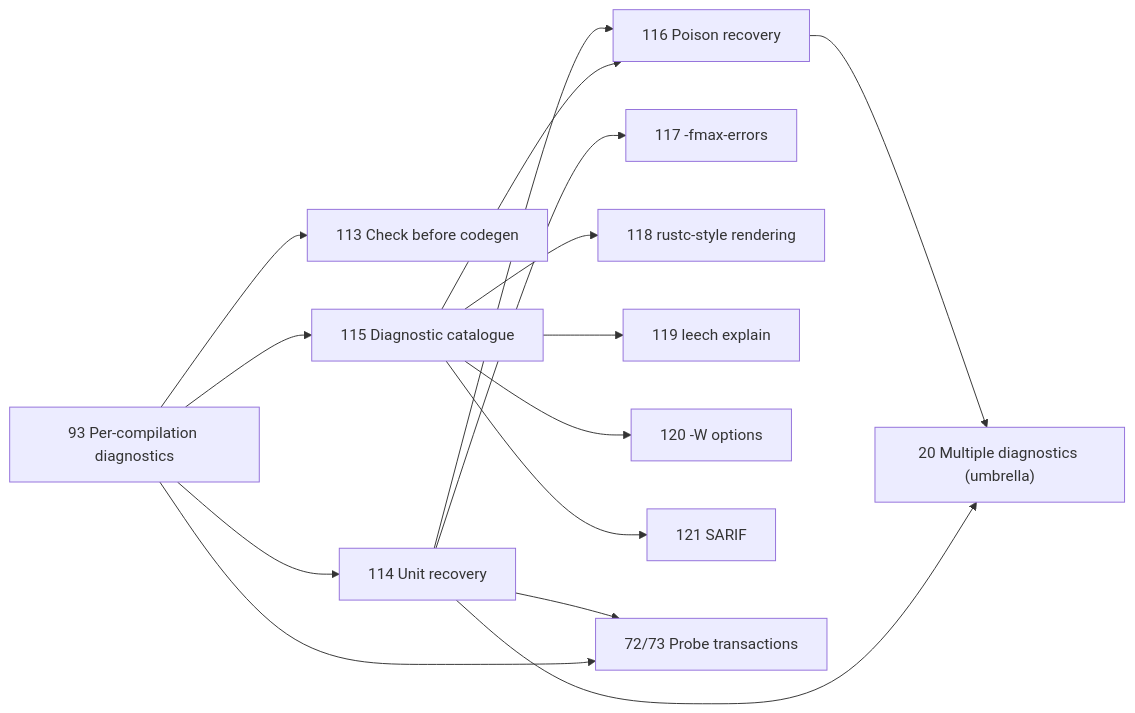
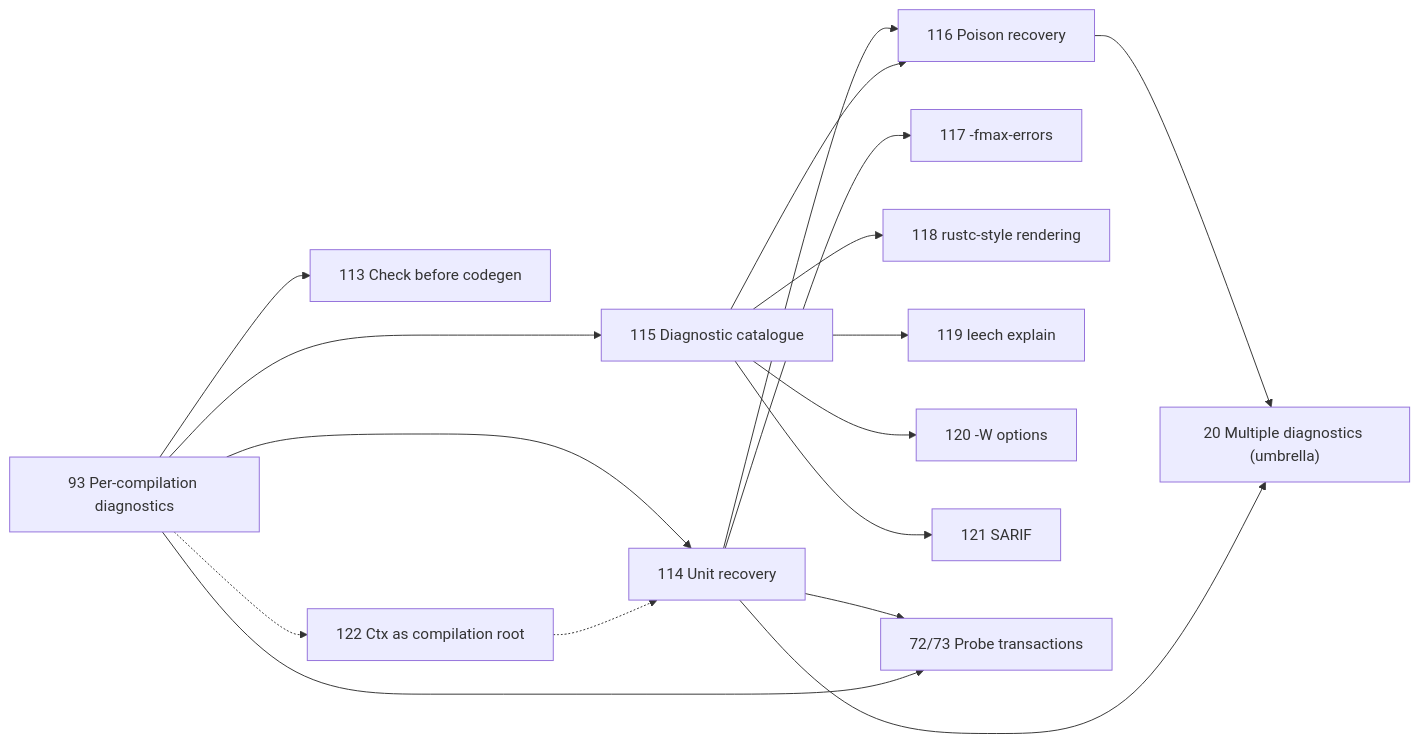
The diagram in docs/specs/2026-10-05-diagnostics-design.md (jonathanhaigh/leech), drawn with Mermaid before and after one commit. The commit also changed other lines of this file and 1 other file, not shown here.

First line of the commit message:
Refine diagnostics design: proofs, sink API and Ctx ownership

````diff
--- a/docs/specs/2026-10-05-diagnostics-design.md
+++ b/docs/specs/2026-10-05-diagnostics-design.md
@@ -871,17 +920,19 @@
 ```mermaid
 flowchart LR
   93["93 Per-compilation diagnostics"] --> 114["114 Unit recovery"]
   93 --> 115["115 Diagnostic catalogue"]
+  93 -.-> 122["122 Ctx as compilation root"]
+  122 -.-> 114
   114 --> P["72/73 Probe transactions"]
   93 --> P
   93 --> 113["113 Check before codegen"]
   114 --> 116["116 Poison recovery"]
   115 --> 116
   116 --> 20["20 Multiple diagnostics (umbrella)"]
   114 --> 20
   114 --> 117["117 -fmax-errors"]
   115 --> 118["118 rustc-style rendering"]
   115 --> 119["119 leech explain"]
   115 --> 120["120 -W options"]
   115 --> 121["121 SARIF"]
 ```
````
